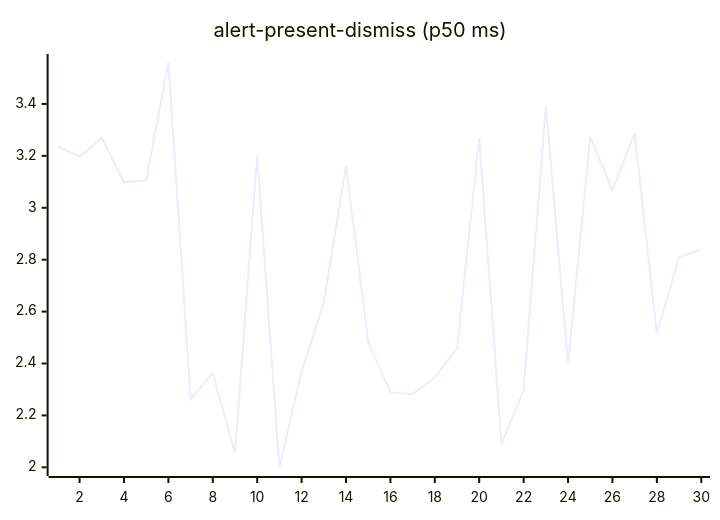
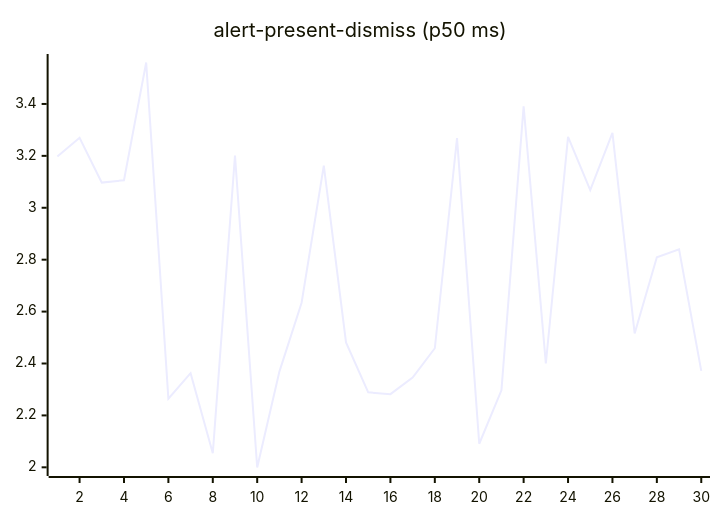
The second of 27 diagrams in README.md (josha/Facet), drawn with Mermaid before and after one commit. The commit also changed other lines of this file and 2 other files, not shown here.

````diff
--- a/README.md
+++ b/README.md
@@ -70,6 +70,6 @@
 ```mermaid
 xychart-beta
     title "alert-present-dismiss (p50 ms)"
     x-axis 1 --> 30
-    line [3.2371, 3.1976, 3.2697, 3.0970, 3.1061, 3.5597, 2.2642, 2.3626, 2.0543, 3.2013, 1.9993, 2.3689, 2.6340, 3.1626, 2.4814, 2.2888, 2.2819, 2.3455, 2.4588, 3.2682, 2.0908, 2.2965, 3.3910, 2.4000, 3.2732, 3.0684, 3.2888, 2.5156, 2.8095, 2.8395]
+    line [3.1976, 3.2697, 3.0970, 3.1061, 3.5597, 2.2642, 2.3626, 2.0543, 3.2013, 1.9993, 2.3689, 2.6340, 3.1626, 2.4814, 2.2888, 2.2819, 2.3455, 2.4588, 3.2682, 2.0908, 2.2965, 3.3910, 2.4000, 3.2732, 3.0684, 3.2888, 2.5156, 2.8095, 2.8395, 2.3714]
 ```
````
